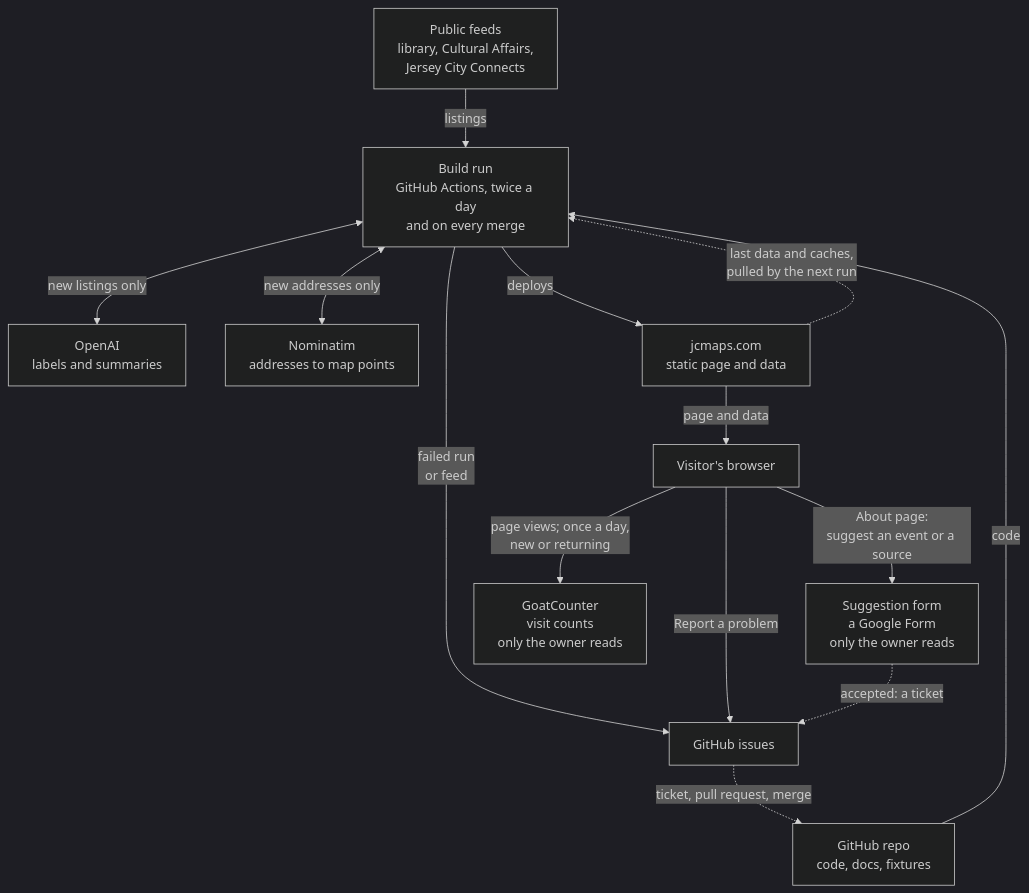
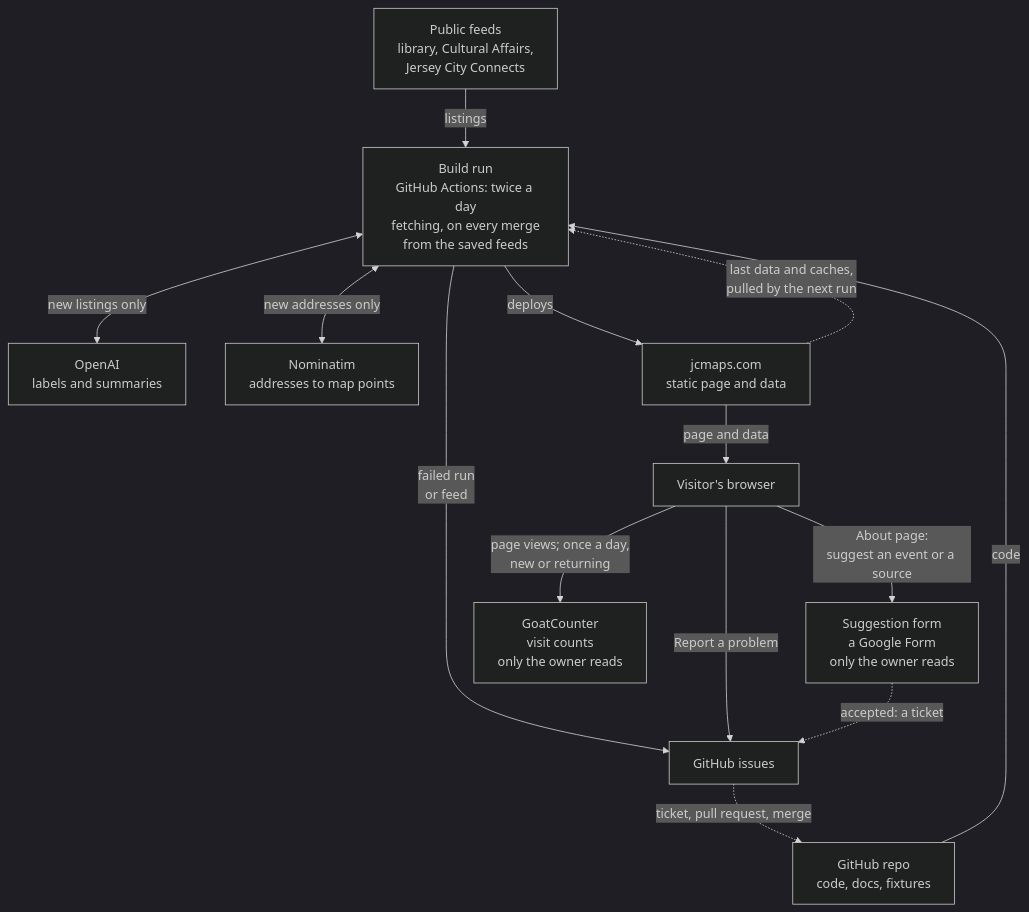
The first of 2 diagrams in docs/how-it-works.md (taneta/jcmaps), drawn with Mermaid (dark theme) before and after one commit. The commit also changed 10 other files, not shown here.

Commit message:
A merge redeploys from the last fetched feeds; only scheduled and manual runs fetch, spaced as each host asks (#42)

````diff
--- a/docs/how-it-works.md
+++ b/docs/how-it-works.md
@@ -9,28 +9,28 @@
 ```mermaid
 flowchart TD
     %% Mirrors .github/workflows/build.yml. Update it when the run, a trigger or a service changes.
     feeds["Public feeds<br/>library, Cultural Affairs,<br/>Jersey City Connects"]
     repo["GitHub repo<br/>code, docs, fixtures"]
-    run["Build run<br/>GitHub Actions, twice a day<br/>and on every merge"]
+    run["Build run<br/>GitHub Actions: twice a day<br/>fetching, on every merge<br/>from the saved feeds"]
     openai["OpenAI<br/>labels and summaries"]
     nominatim["Nominatim<br/>addresses to map points"]
     site["jcmaps.com<br/>static page and data"]
     visitor["Visitor's browser"]
     issues["GitHub issues"]
     form["Suggestion form<br/>a Google Form<br/>only the owner reads"]
     counter["GoatCounter<br/>visit counts<br/>only the owner reads"]
 
     feeds -->|listings| run
     repo -->|code| run
     run <-->|new listings only| openai
     run <-->|new addresses only| nominatim
     run -->|deploys| site
     site -->|page and data| visitor
     run -->|failed run<br/>or feed| issues
     visitor -->|Report a problem| issues
     visitor -->|About page:<br/>suggest an event or a source| form
     form -.->|accepted: a ticket| issues
     visitor -->|page views; once a day,<br/>new or returning| counter
     site -.->|last data and caches,<br/>pulled by the next run| run
     issues -.->|ticket, pull request, merge| repo
 ```
````
